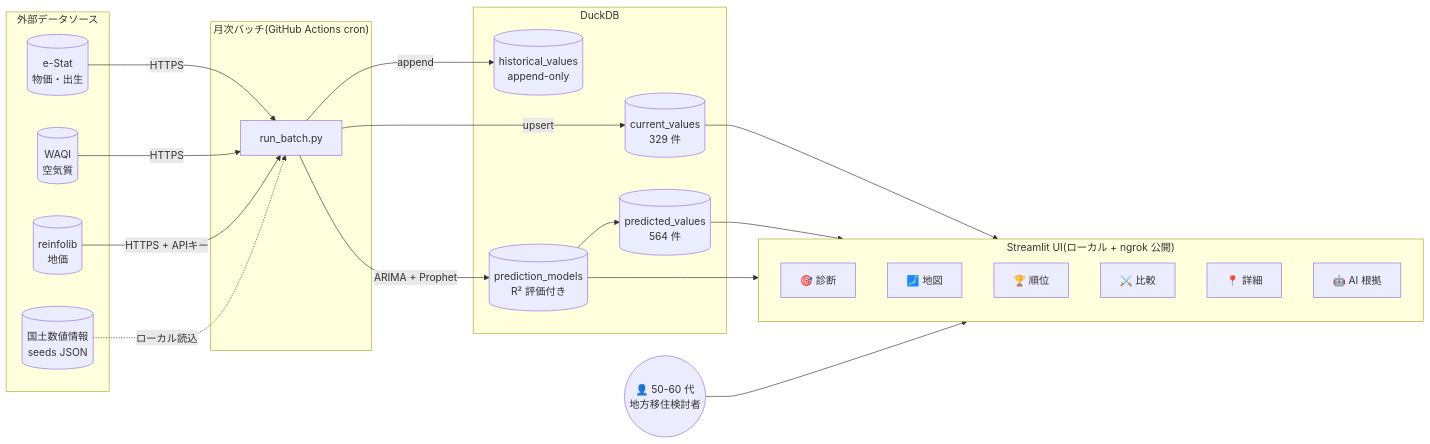
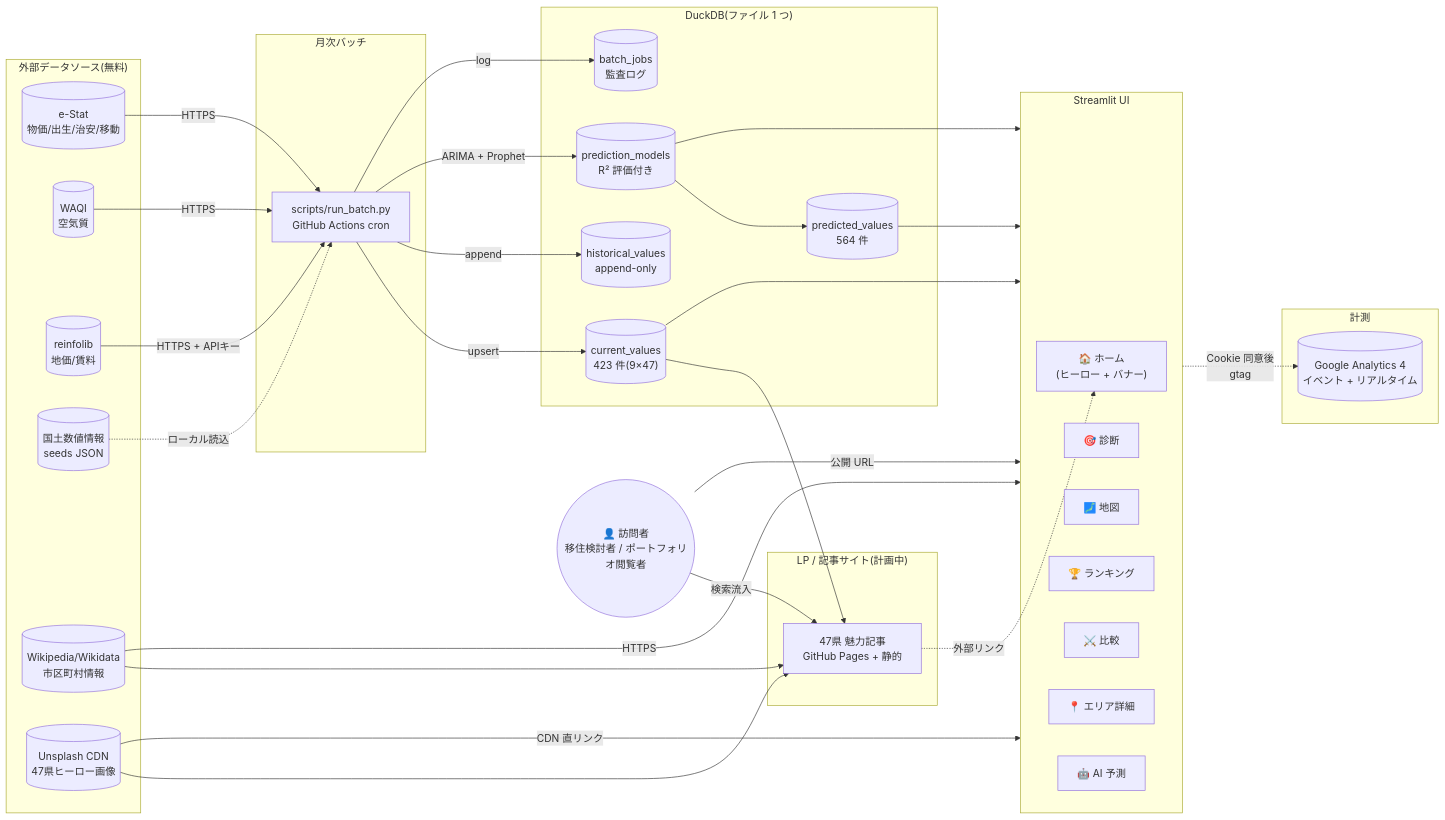
The first of 5 diagrams in docs/learning/03_architecture.md (takanorikoyama-dev/MoveMap), drawn with Mermaid before and after one commit. The commit also changed other lines of this file and 4 other files, not shown here.

````diff
--- a/docs/learning/03_architecture.md
+++ b/docs/learning/03_architecture.md
@@ -10,47 +12,69 @@
 ```mermaid
 flowchart LR
-    subgraph EXT["外部データソース"]
-        ESTAT[("e-Stat<br>物価・出生")]
+    subgraph EXT["外部データソース(無料)"]
+        ESTAT[("e-Stat<br>物価/出生/治安/移動")]
         WAQI[("WAQI<br>空気質")]
-        REINFO[("reinfolib<br>地価")]
+        REINFO[("reinfolib<br>地価/賃料")]
         GSI[("国土数値情報<br>seeds JSON")]
+        WIKI[("Wikipedia/Wikidata<br>市区町村情報")]
+        UNSPLASH[("Unsplash CDN<br>47県ヒーロー画像")]
     end
 
-    subgraph BATCH["月次バッチ(GitHub Actions cron)"]
-        RUN["run_batch.py"]
+    subgraph BATCH["月次バッチ"]
+        RUN["scripts/run_batch.py<br>GitHub Actions cron"]
     end
 
-    subgraph DB["DuckDB"]
-        CV[("current_values<br>329 件")]
+    subgraph DB["DuckDB(ファイル 1 つ)"]
+        CV[("current_values<br>423 件(9×47)")]
         HV[("historical_values<br>append-only")]
         PV[("predicted_values<br>564 件")]
         PM[("prediction_models<br>R² 評価付き")]
+        BJ[("batch_jobs<br>監査ログ")]
     end
 
-    subgraph UI["Streamlit UI(ローカル + ngrok 公開)"]
+    subgraph UI["Streamlit UI"]
+        HOME["🏠 ホーム<br>(ヒーロー + バナー)"]
         DIAG["🎯 診断"]
         MAP["🗾 地図"]
-        RANK["🏆 順位"]
+        RANK["🏆 ランキング"]
         COMP["⚔️ 比較"]
-        DETAIL["📍 詳細"]
-        MODEL["🤖 AI 根拠"]
+        DETAIL["📍 エリア詳細"]
+        MODEL["🤖 AI 予測"]
     end
 
-    USER(("👤 50-60 代<br>地方移住検討者"))
+    subgraph LP["LP / 記事サイト(計画中)"]
+        ARTICLES["47県 魅力記事<br>GitHub Pages + 静的"]
+    end
+
+    subgraph ANL["計測"]
+        GA4[("Google Analytics 4<br>イベント + リアルタイム")]
+    end
+
+    USER(("👤 訪問者<br>移住検討者 / ポートフォリオ閲覧者"))
 
     ESTAT -->|HTTPS| RUN
     WAQI -->|HTTPS| RUN
     REINFO -->|HTTPS + APIキー| RUN
     GSI -.->|ローカル読込| RUN
+    WIKI -->|HTTPS| UI
+    UNSPLASH -->|CDN 直リンク| UI
 
     RUN -->|upsert| CV
     RUN -->|append| HV
     RUN -->|ARIMA + Prophet| PM
     PM --> PV
+    RUN -->|log| BJ
 
     CV --> UI
     PV --> UI
     PM --> UI
 
-    USER --> UI
+    UNSPLASH --> ARTICLES
+    WIKI --> ARTICLES
+    CV --> ARTICLES
+    ARTICLES -.->|外部リンク| HOME
+
+    USER -->|公開 URL| UI
+    USER -->|検索流入| ARTICLES
+    UI -.->|Cookie 同意後<br>gtag| GA4
 ```
````
